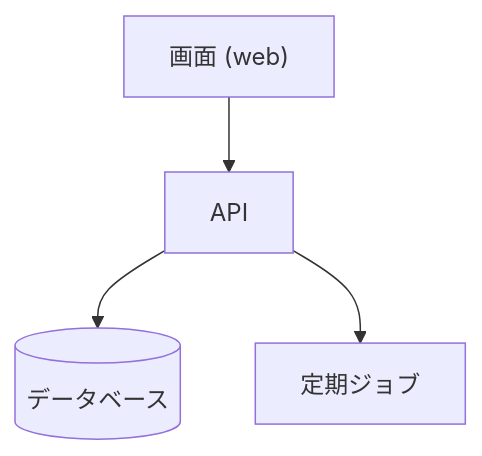
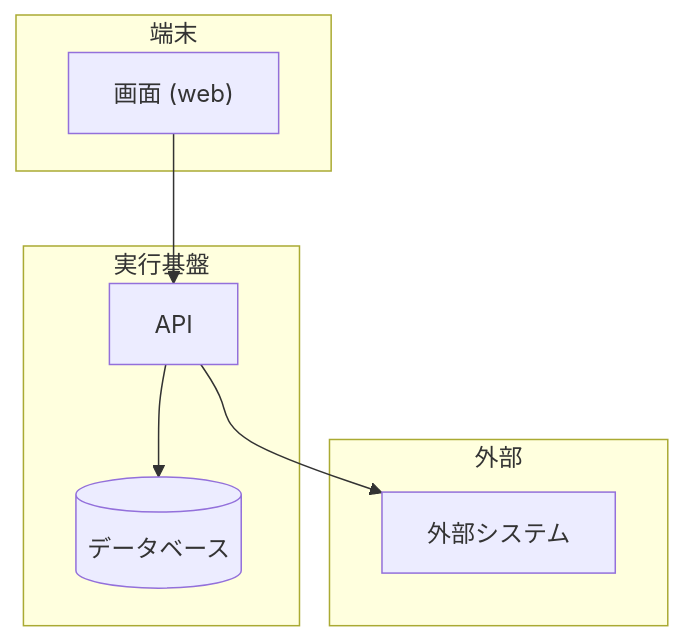
The diagram in templates/docs/person/design/shared/02-solution-strategy.md (SakakitaniJunya/Igeta), drawn with Mermaid before and after one commit. The commit also changed other lines of this file and 37 other files, not shown here.

First line of the commit message:
人の文書は図を先に置く — person 雛形 16 本に kind ごとの図と、図の検査 D1〜D5 (ADR-0011) (#20)

````diff
--- a/templates/docs/person/design/shared/02-solution-strategy.md
+++ b/templates/docs/person/design/shared/02-solution-strategy.md
@@ -35,6 +25,14 @@
 ```mermaid
 flowchart TB
-  web["画面 (web)"] --> api["API"]
-  api --> db[("データベース")]
-  api --> job["定期ジョブ"]
+  subgraph device["端末"]
+    web["画面 (web)"]
+  end
+  subgraph platform["実行基盤"]
+    api["API"] --> db[("データベース")]
+  end
+  subgraph outer["外部"]
+    ext["外部システム"]
+  end
+  web --> api
+  api --> ext
 ```
````
